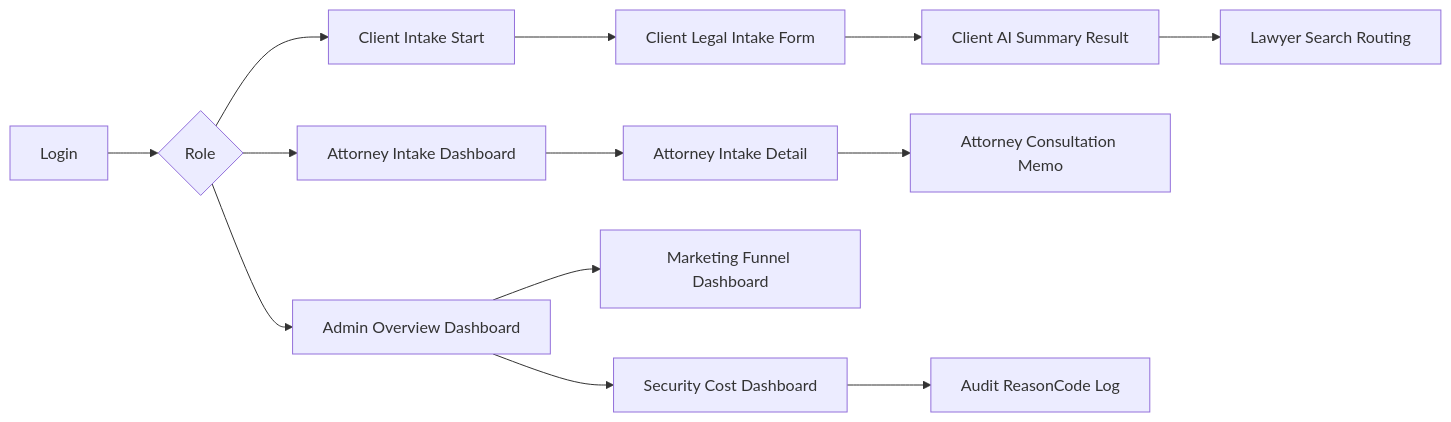
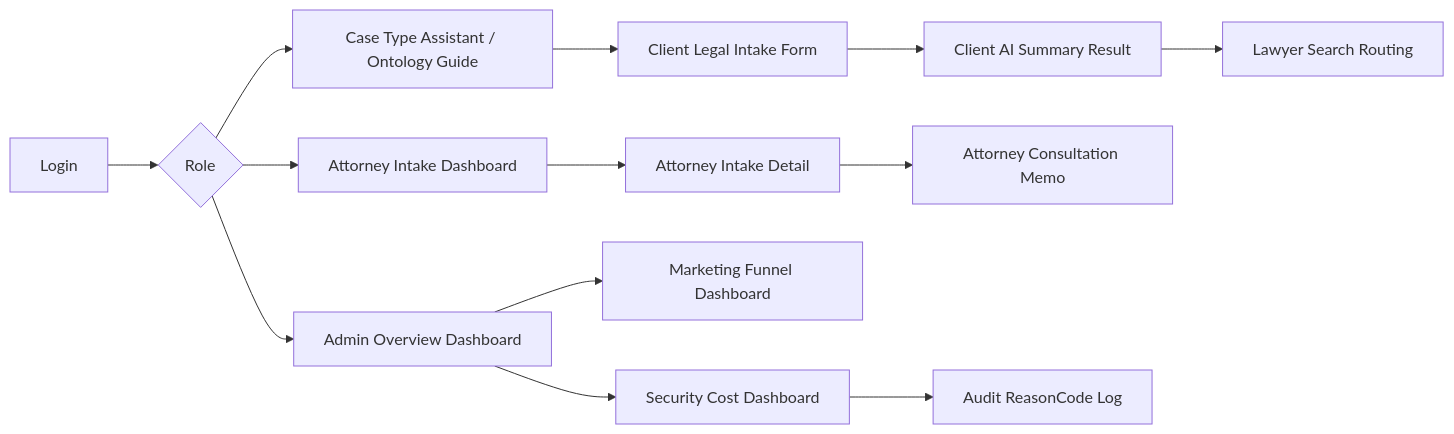
Before and after one commit to ai-agent-orchestrator/legal-ai-intake-system: the diagram in docs/SCREEN_DESIGN_DRAFT.md, drawn with Mermaid. The commit also changed other lines of this file and 1 other file, not shown here.

Commit message:
docs: refine ontology case type assistant screen

````diff
--- a/docs/SCREEN_DESIGN_DRAFT.md
+++ b/docs/SCREEN_DESIGN_DRAFT.md
@@ -47,18 +47,18 @@
 ```mermaid
 flowchart LR
     A[Login] --> B{Role}
 
-    B --> C1[Client Intake Start]
+    B --> C1[Case Type Assistant / Ontology Guide]
     C1 --> C2[Client Legal Intake Form]
     C2 --> C3[Client AI Summary Result]
     C3 --> C4[Lawyer Search Routing]
 
     B --> L1[Attorney Intake Dashboard]
     L1 --> L2[Attorney Intake Detail]
     L2 --> L3[Attorney Consultation Memo]
 
     B --> D1[Admin Overview Dashboard]
     D1 --> D2[Marketing Funnel Dashboard]
     D1 --> D3[Security Cost Dashboard]
     D3 --> D4[Audit ReasonCode Log]
 ```
````
